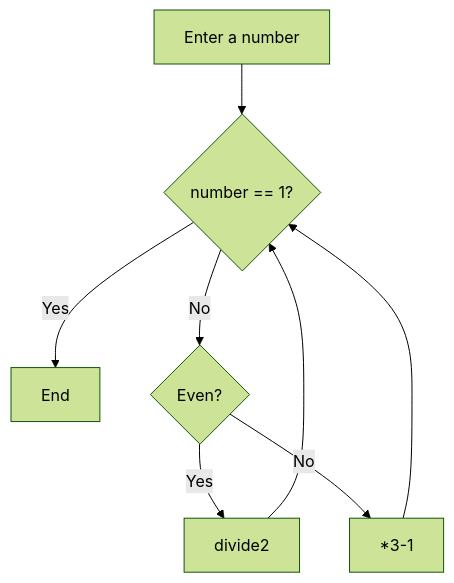
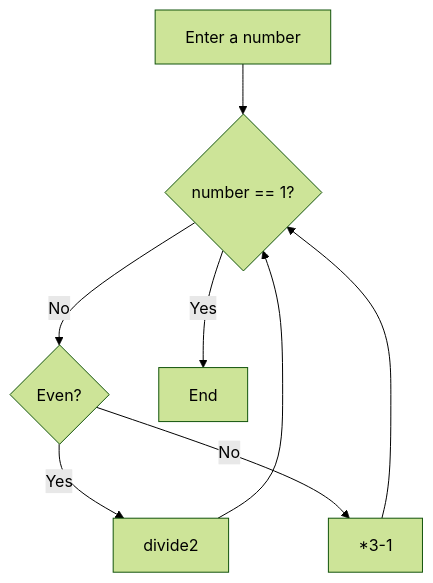
One commit to PeeBs68/mywork changed the second of 2 diagrams in README.md. Above: the diagram before and after it, drawn with Mermaid (forest theme). The commit also changed other lines of this file, not shown here.

Commit message:
mermaid testing

````diff
--- a/README.md
+++ b/README.md
@@ -27,10 +27,10 @@
 ```mermaid
 flowchart TD;
     A[Enter a number] --> B{number == 1?};
+    B -- No --> C{Even?};
     B -- Yes --> G[End];
-    B -- No --> C{Even?};
     C -- Yes --> D[divide2];
     D --> B;
     C -- No --> E[*3-1];
     E --> B;
 ```
````
